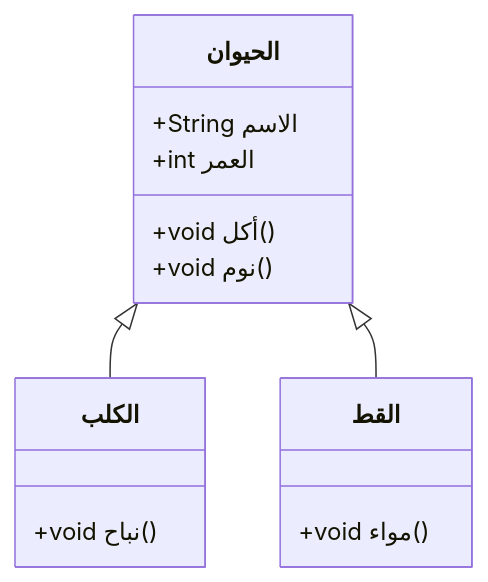
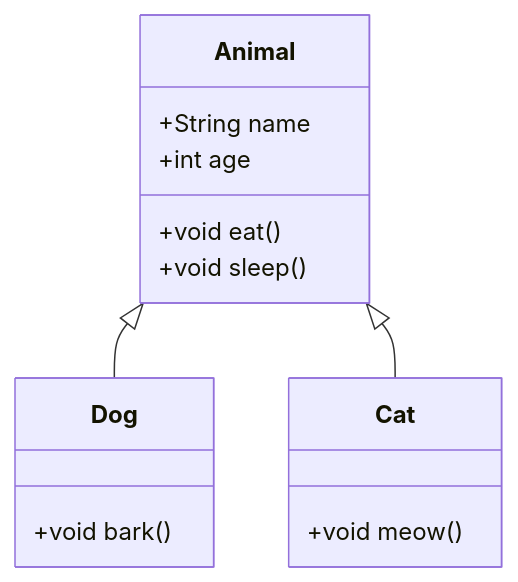
Before and after one commit to zccz14/CZON: the fourth of 7 diagrams in .czon/src/ar-SA/8938d6aac9c056c06137a041b8e82379bfb619bb6d435b9ecec515337dd0cd69.md, drawn with Mermaid. The commit also changed other lines of this file and 148 other files, not shown here.

````diff
--- a/.czon/src/ar-SA/8938d6aac9c056c06137a041b8e82379bfb619bb6d435b9ecec515337dd0cd69.md
+++ b/.czon/src/ar-SA/8938d6aac9c056c06137a041b8e82379bfb619bb6d435b9ecec515337dd0cd69.md
@@ -70,18 +69,18 @@
 ```mermaid
 classDiagram
-    class الحيوان {
-        +String الاسم
-        +int العمر
-        +void أكل()
-        +void نوم()
+    class Animal {
+        +String name
+        +int age
+        +void eat()
+        +void sleep()
     }
-    class الكلب {
-        +void نباح()
+    class Dog {
+        +void bark()
     }
-    class القط {
-        +void مواء()
+    class Cat {
+        +void meow()
     }
 
-    الحيوان <|-- الكلب
-    الحيوان <|-- القط
+    Animal <|-- Dog
+    Animal <|-- Cat
 ```
````
